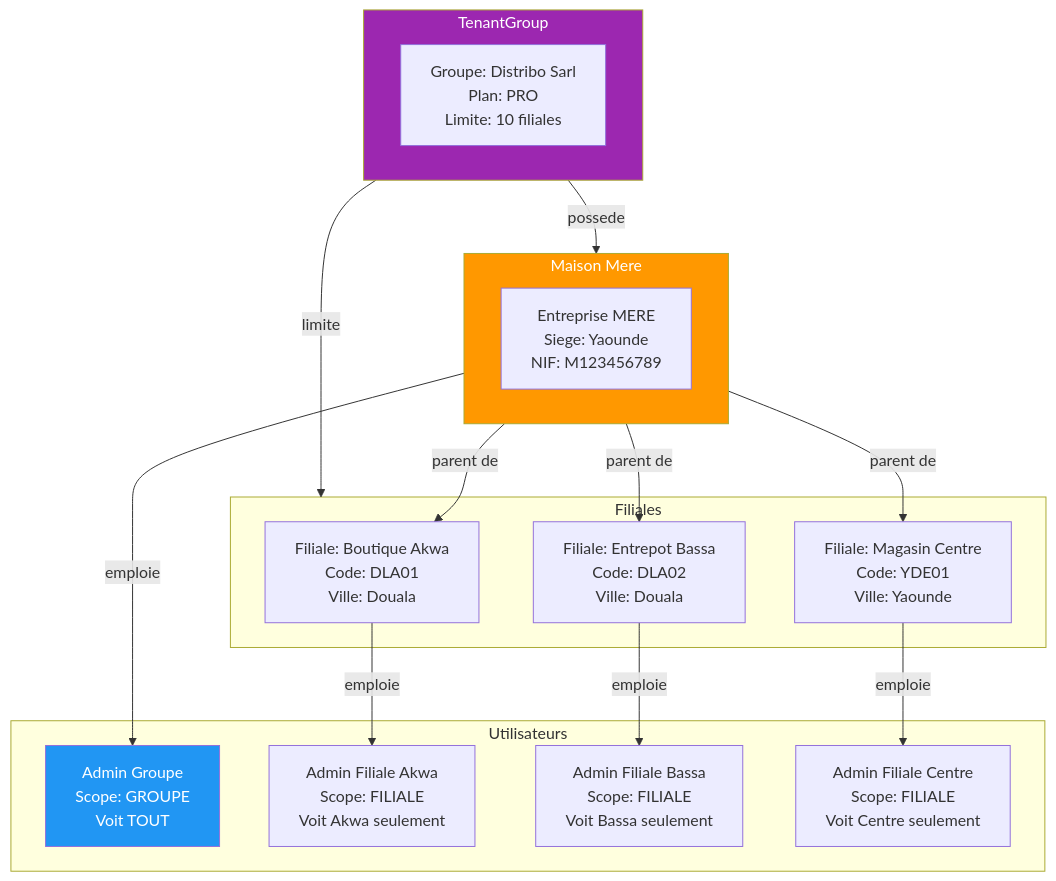
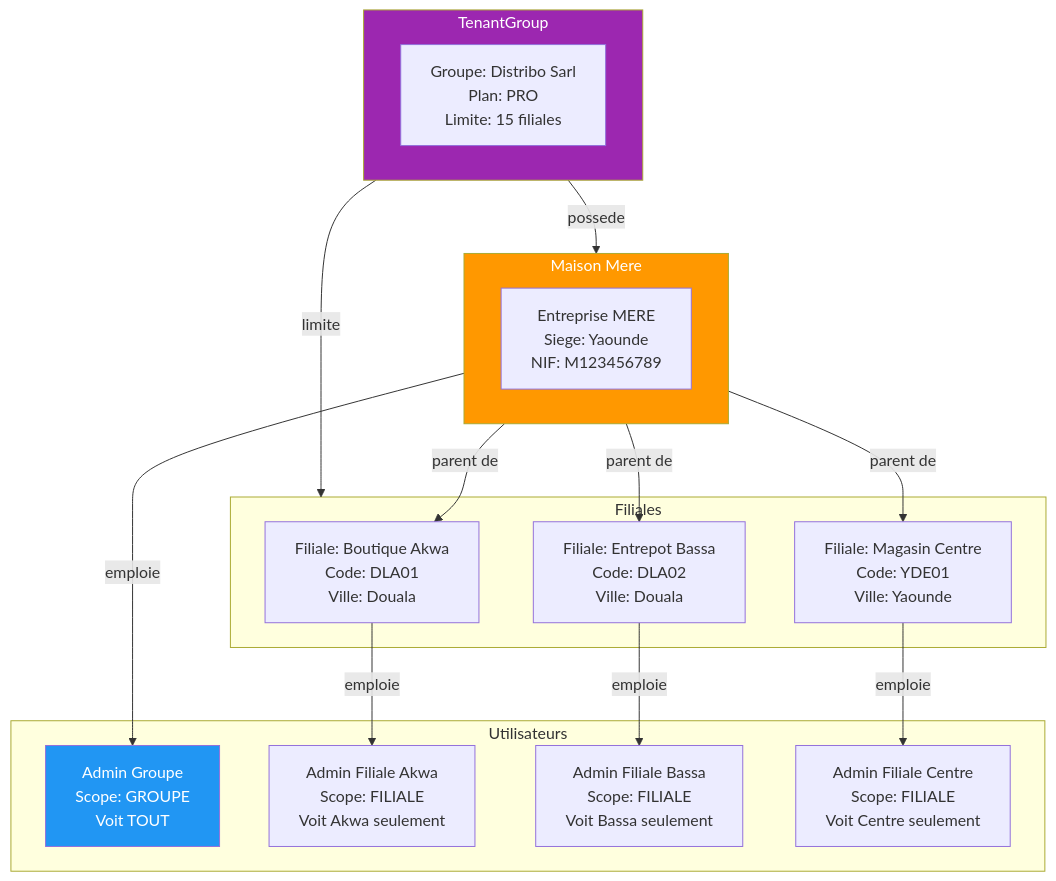
The first of 3 diagrams in document/diagrams/03-groupe-filiales.md (ulruchdev/gestion_de_stok_multifiliale), drawn with Mermaid before and after one commit. The commit also changed 6 other files, not shown here.

````diff
--- a/document/diagrams/03-groupe-filiales.md
+++ b/document/diagrams/03-groupe-filiales.md
@@ -5,37 +5,37 @@
 ```mermaid
 graph TB
     subgraph TenantGroup["TenantGroup"]
-        TG[Groupe: Distribo Sarl<br/>Plan: PRO<br/>Limite: 10 filiales]
+        TG[Groupe: Distribo Sarl<br/>Plan: PRO<br/>Limite: 15 filiales]
     end
 
     subgraph Holding["Maison Mere"]
         MM[Entreprise MERE<br/>Siege: Yaounde<br/>NIF: M123456789]
     end
 
     subgraph Filiales["Filiales"]
         F1[Filiale: Boutique Akwa<br/>Code: DLA01<br/>Ville: Douala]
         F2[Filiale: Entrepot Bassa<br/>Code: DLA02<br/>Ville: Douala]
         F3[Filiale: Magasin Centre<br/>Code: YDE01<br/>Ville: Yaounde]
     end
 
     subgraph Users["Utilisateurs"]
         AG[Admin Groupe<br/>Scope: GROUPE<br/>Voit TOUT]
         AF1[Admin Filiale Akwa<br/>Scope: FILIALE<br/>Voit Akwa seulement]
         AF2[Admin Filiale Bassa<br/>Scope: FILIALE<br/>Voit Bassa seulement]
         AF3[Admin Filiale Centre<br/>Scope: FILIALE<br/>Voit Centre seulement]
     end
 
     TenantGroup -->|possede| Holding
     TenantGroup -->|limite| Filiales
     Holding -->|parent de| F1
     Holding -->|parent de| F2
     Holding -->|parent de| F3
     Holding -->|emploie| AG
     F1 -->|emploie| AF1
     F2 -->|emploie| AF2
     F3 -->|emploie| AF3
 
     style Holding fill:#FF9800,color:white
     style TenantGroup fill:#9C27B0,color:white
     style AG fill:#2196F3,color:white
 ```
````
